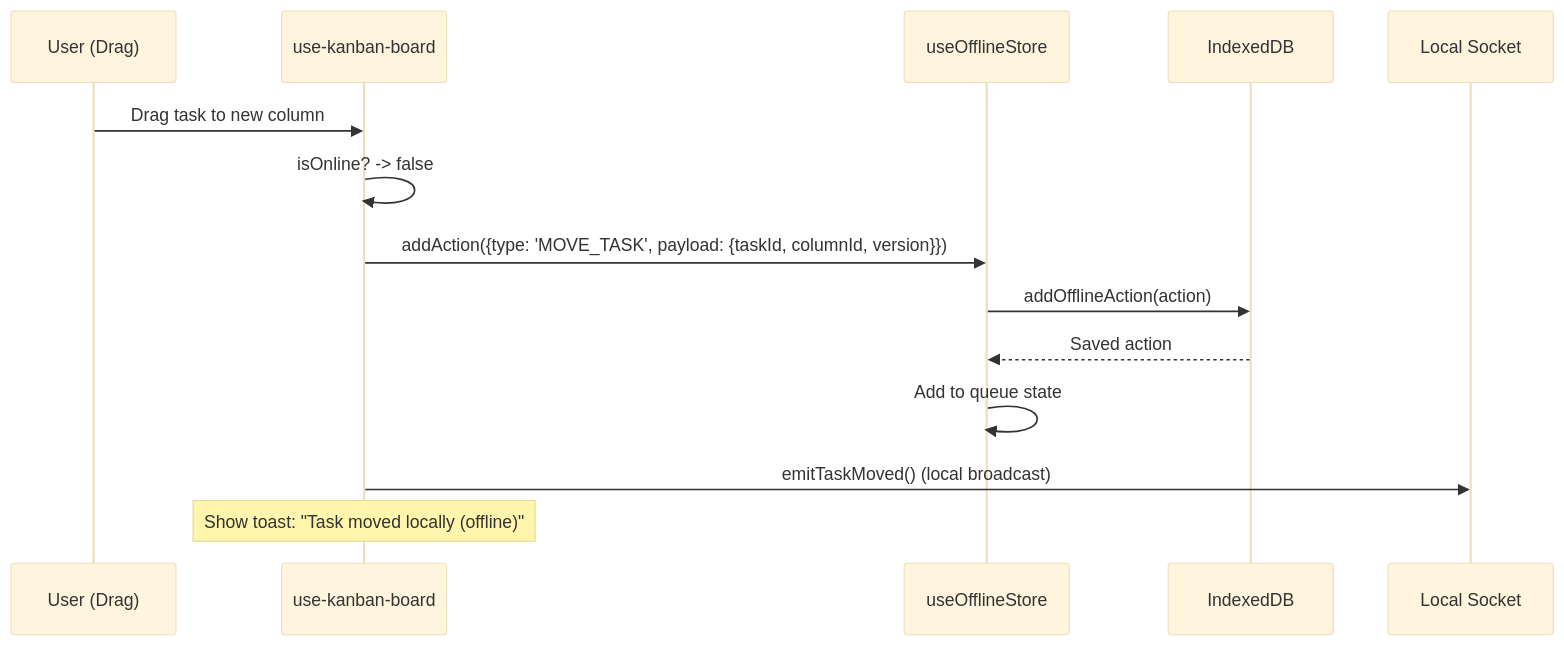
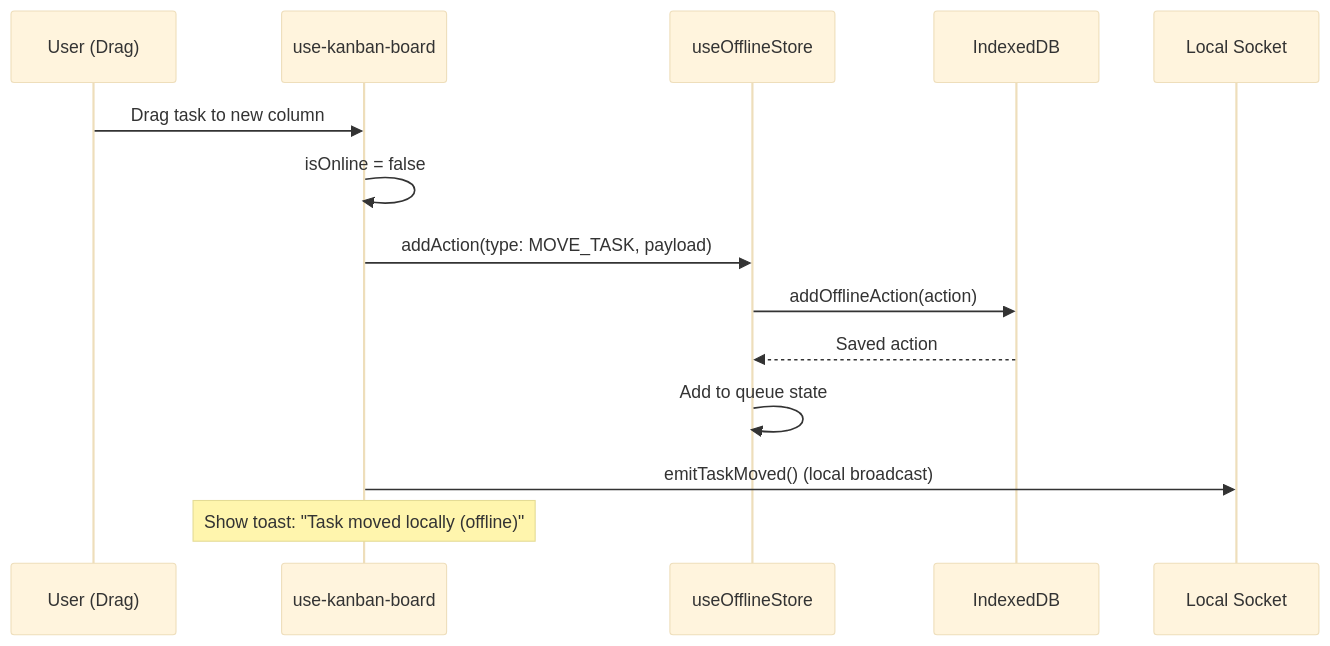
The third of 7 diagrams in docs/08-offline-queue.md (asefahmed500/Smart-Task-App_IIT_DU_Final_Project), drawn with Mermaid (base theme) before and after one commit. The commit also changed other lines of this file and 9 other files, not shown here.

Commit message:
fix: update AGENTS.md with Vercel deployment notes and additional mermaid cleanups

````diff
--- a/docs/08-offline-queue.md
+++ b/docs/08-offline-queue.md
@@ -90,19 +90,19 @@
 ```mermaid
 sequenceDiagram
     participant User as User (Drag)
     participant Hook as use-kanban-board
     participant Store as useOfflineStore
     participant IDB as IndexedDB
     participant Socket as Local Socket
 
     User->>Hook: Drag task to new column
-    Hook->>Hook: isOnline? -> false
+    Hook->>Hook: isOnline = false
 
-    Hook->>Store: addAction({type: 'MOVE_TASK', payload: {taskId, columnId, version}})
+    Hook->>Store: addAction(type: MOVE_TASK, payload)
     Store->>IDB: addOfflineAction(action)
     IDB-->>Store: Saved action
     Store->>Store: Add to queue state
 
     Hook->>Socket: emitTaskMoved() (local broadcast)
     Note over Hook: Show toast: "Task moved locally (offline)"
 ```
````
